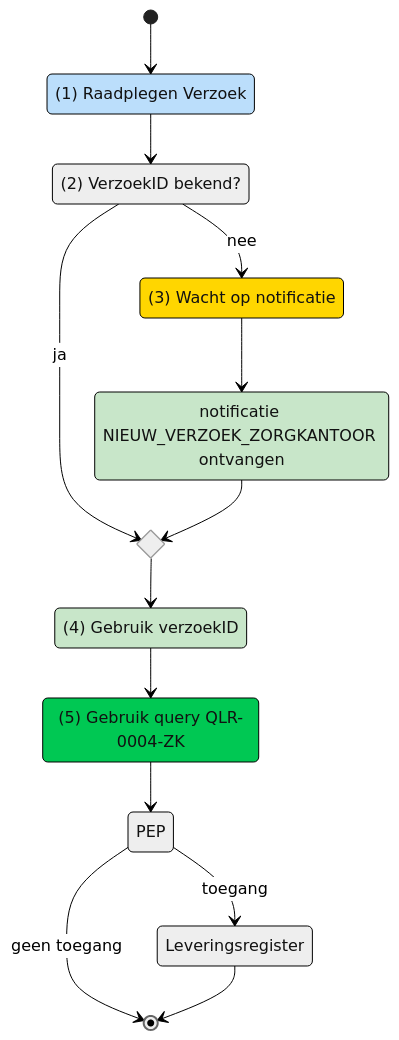
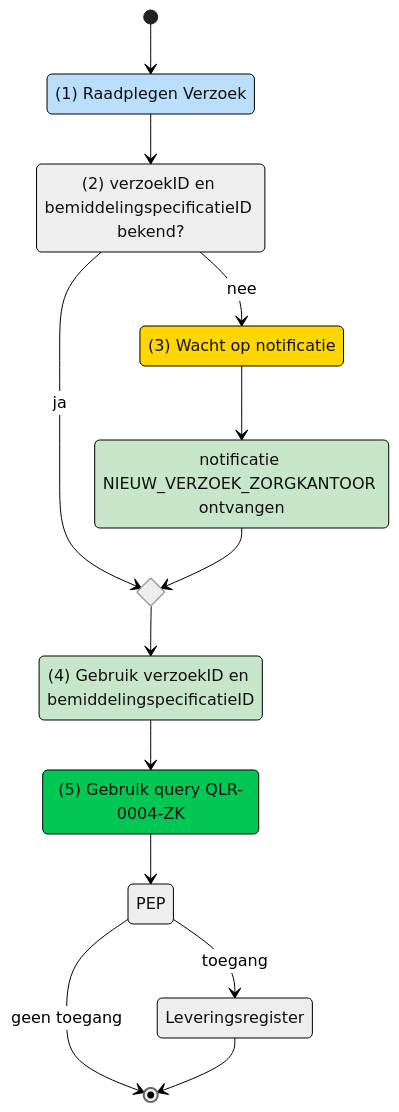
The second of 2 diagrams in raadplegen/zorgkantoor/UCLR-0004-raadplegen.md (iStandaarden/iWlz-levering), drawn with Mermaid before and after one commit. The commit also changed other lines of this file and 1 other file, not shown here.

Commit message:
toegangscontrole UCLR-0004 aangepast

````diff
--- a/raadplegen/zorgkantoor/UCLR-0004-raadplegen.md
+++ b/raadplegen/zorgkantoor/UCLR-0004-raadplegen.md
@@ -48,33 +48,33 @@
 ```mermaid
 ---
 config:
   theme: neutral
   look: classic
 ---
 stateDiagram
   direction TB
   state chooseQuery <<choice>>
   [*] --> Raadplegen
   Raadplegen --> idAvailable
   idAvailable --> notifyWait:nee
   notifyWait --> notifyReceive
   idAvailable --> chooseQuery:ja
   notifyReceive --> chooseQuery
   chooseQuery --> inputQuery
   inputQuery --> Query
   Query --> PEP
   PEP --> [*]:geen toegang
   PEP --> resource:toegang
   resource --> [*]
   Raadplegen:(1) Raadplegen Verzoek
-  idAvailable:(2) VerzoekID bekend?
+  idAvailable:(2) verzoekID en bemiddelingspecificatieID bekend?
   notifyWait:(3) Wacht op notificatie
   notifyReceive:notificatie NIEUW_VERZOEK_ZORGKANTOOR ontvangen
-  inputQuery:(4) Gebruik verzoekID
+  inputQuery:(4) Gebruik verzoekID en bemiddelingspecificatieID
   Query:(5) Gebruik query QLR-0004-ZK
   resource:Leveringsregister
   style Raadplegen fill:#BBDEFB,color:none
   style notifyWait fill:#FFD600
   style notifyReceive,inputQuery fill:#C8E6C9
   style Query fill:#00C853
 ```
````
